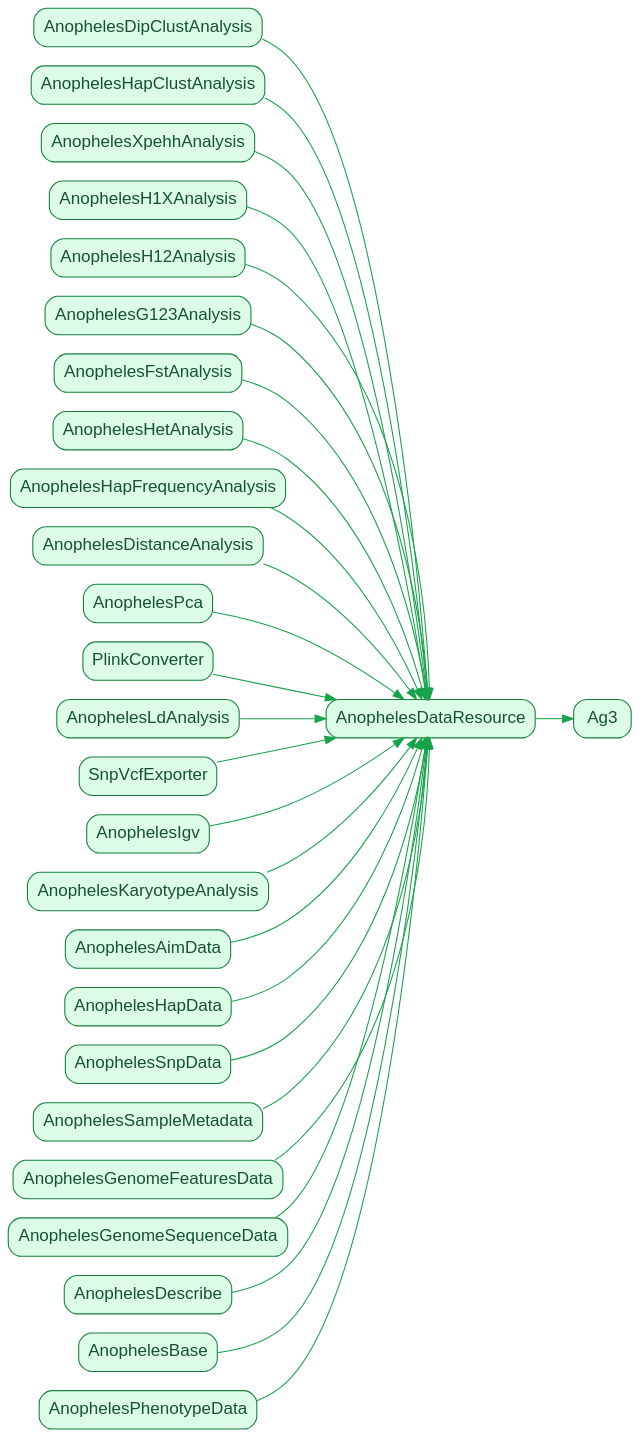
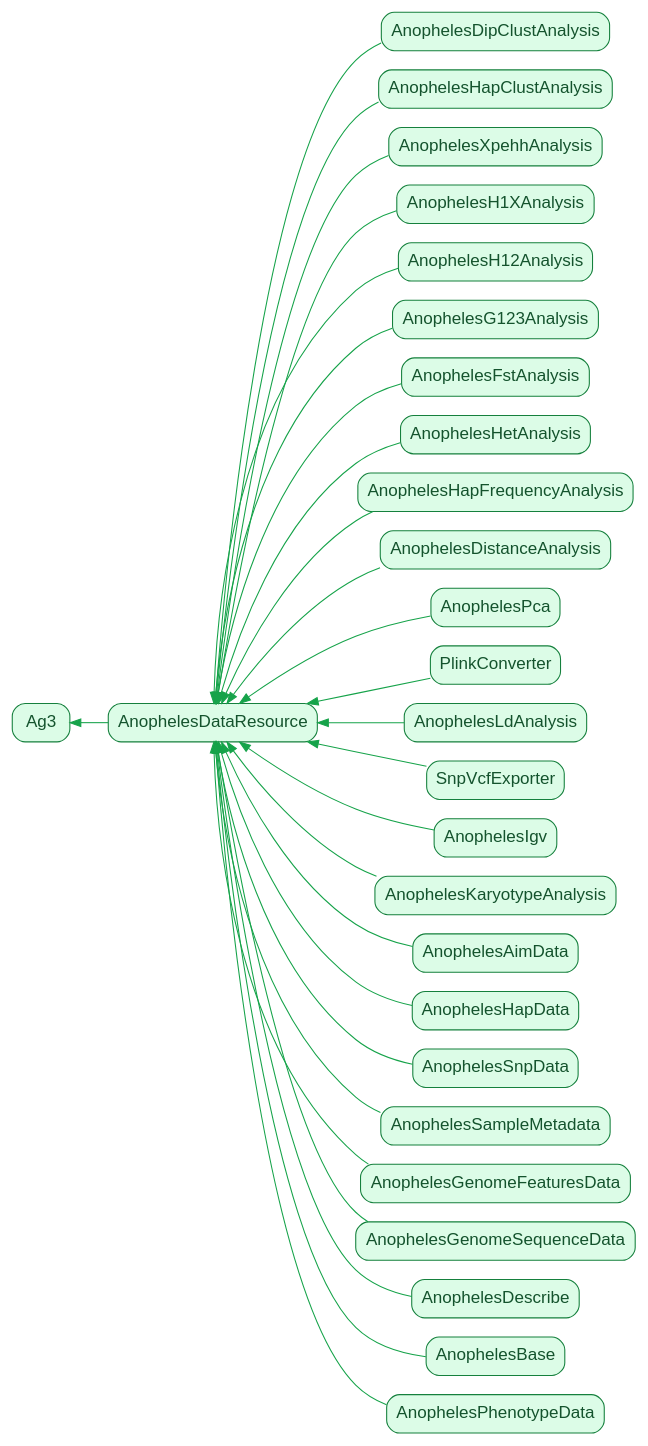
Before and after one commit to malariagen/malariagen-data-python: the diagram in docs/source/_static/diagrams/ag3_composition.dot, drawn with Graphviz. The commit also changed 10 other files, not shown here.

```diff
--- a/docs/source/_static/diagrams/ag3_composition.dot
+++ b/docs/source/_static/diagrams/ag3_composition.dot
@@ -1,63 +1,62 @@
 digraph inheritance {
-    bgcolor="transparent";
-    rankdir=LR;
+    rankdir=RL;
     fontsize=16;
     node [fontsize=16, shape=box, fontname="Helvetica,Arial,sans-serif"];
     edge [color="#16a34a"];
 
     "Ag3" [style="filled,rounded", fillcolor="#dcfce7", color="#15803d", fontcolor="#14532d", tooltip="malariagen gambiae complex."];
     "AnophelesDataResource" -> "Ag3";
 
     "AnophelesDataResource" [style="filled,rounded", fillcolor="#dcfce7", color="#15803d", fontcolor="#14532d", URL="generated/malariagen_data.anopheles.AnophelesDataResource.html#malariagen_data.anopheles.AnophelesDataResource", tooltip="Composes every analysis mixin into one API."];
 
     "AnophelesDipClustAnalysis" [style="filled,rounded", fillcolor="#dcfce7", color="#15803d", fontcolor="#14532d", URL="generated/malariagen_data.anoph.dipclust.AnophelesDipClustAnalysis.html#malariagen_data.anoph.dipclust.AnophelesDipClustAnalysis", tooltip="Hierarchical clustering of diplotypes (combines CNV + SNP frequency data)."];
     "AnophelesDipClustAnalysis" -> "AnophelesDataResource";
     "AnophelesHapClustAnalysis" [style="filled,rounded", fillcolor="#dcfce7", color="#15803d", fontcolor="#14532d", URL="generated/malariagen_data.anoph.hapclust.AnophelesHapClustAnalysis.html#malariagen_data.anoph.hapclust.AnophelesHapClustAnalysis", tooltip="Hierarchical clustering and sharing analysis of phased haplotypes."];
     "AnophelesHapClustAnalysis" -> "AnophelesDataResource";
     "AnophelesXpehhAnalysis" [style="filled,rounded", fillcolor="#dcfce7", color="#15803d", fontcolor="#14532d", URL="generated/malariagen_data.anoph.xpehh.AnophelesXpehhAnalysis.html#malariagen_data.anoph.xpehh.AnophelesXpehhAnalysis", tooltip="Cross-population extended haplotype homozygosity (XP-EHH) selection scans."];
     "AnophelesXpehhAnalysis" -> "AnophelesDataResource";
     "AnophelesH1XAnalysis" [style="filled,rounded", fillcolor="#dcfce7", color="#15803d", fontcolor="#14532d", URL="generated/malariagen_data.anoph.h1x.AnophelesH1XAnalysis.html#malariagen_data.anoph.h1x.AnophelesH1XAnalysis", tooltip="H1X genome-wide scans for differentiation between two cohorts."];
     "AnophelesH1XAnalysis" -> "AnophelesDataResource";
     "AnophelesH12Analysis" [style="filled,rounded", fillcolor="#dcfce7", color="#15803d", fontcolor="#14532d", URL="generated/malariagen_data.anoph.h12.AnophelesH12Analysis.html#malariagen_data.anoph.h12.AnophelesH12Analysis", tooltip="H12 genome-wide selection scans and calibration."];
     "AnophelesH12Analysis" -> "AnophelesDataResource";
     "AnophelesG123Analysis" [style="filled,rounded", fillcolor="#dcfce7", color="#15803d", fontcolor="#14532d", URL="generated/malariagen_data.anoph.g123.AnophelesG123Analysis.html#malariagen_data.anoph.g123.AnophelesG123Analysis", tooltip="G123 genome-wide selection scans and calibration (unphased genotypes)."];
     "AnophelesG123Analysis" -> "AnophelesDataResource";
     "AnophelesFstAnalysis" [style="filled,rounded", fillcolor="#dcfce7", color="#15803d", fontcolor="#14532d", URL="generated/malariagen_data.anoph.fst.AnophelesFstAnalysis.html#malariagen_data.anoph.fst.AnophelesFstAnalysis", tooltip="Fst (genetic differentiation) statistics, gwss and pairwise cohort comparisons."];
     "AnophelesFstAnalysis" -> "AnophelesDataResource";
     "AnophelesHetAnalysis" [style="filled,rounded", fillcolor="#dcfce7", color="#15803d", fontcolor="#14532d", URL="generated/malariagen_data.anoph.heterozygosity.AnophelesHetAnalysis.html#malariagen_data.anoph.heterozygosity.AnophelesHetAnalysis", tooltip="Per-sample and per-cohort heterozygosity, and runs-of-homozygosity (ROH)."];
     "AnophelesHetAnalysis" -> "AnophelesDataResource";
     "AnophelesHapFrequencyAnalysis" [style="filled,rounded", fillcolor="#dcfce7", color="#15803d", fontcolor="#14532d", URL="generated/malariagen_data.anoph.hap_frq.AnophelesHapFrequencyAnalysis.html#malariagen_data.anoph.hap_frq.AnophelesHapFrequencyAnalysis", tooltip="Haplotype frequency calculations, by cohort."];
     "AnophelesHapFrequencyAnalysis" -> "AnophelesDataResource";
     "AnophelesDistanceAnalysis" [style="filled,rounded", fillcolor="#dcfce7", color="#15803d", fontcolor="#14532d", URL="generated/malariagen_data.anoph.distance.AnophelesDistanceAnalysis.html#malariagen_data.anoph.distance.AnophelesDistanceAnalysis", tooltip="Pairwise genetic distance matrices and neighbour-joining trees."];
     "AnophelesDistanceAnalysis" -> "AnophelesDataResource";
     "AnophelesPca" [style="filled,rounded", fillcolor="#dcfce7", color="#15803d", fontcolor="#14532d", URL="generated/malariagen_data.anoph.pca.AnophelesPca.html#malariagen_data.anoph.pca.AnophelesPca", tooltip="Principal components analysis of biallelic SNPs."];
     "AnophelesPca" -> "AnophelesDataResource";
     "PlinkConverter" [style="filled,rounded", fillcolor="#dcfce7", color="#15803d", fontcolor="#14532d", URL="generated/malariagen_data.anoph.to_plink.PlinkConverter.html#malariagen_data.anoph.to_plink.PlinkConverter", tooltip="Export biallelic SNP calls to PLINK format."];
     "PlinkConverter" -> "AnophelesDataResource";
     "AnophelesLdAnalysis" [style="filled,rounded", fillcolor="#dcfce7", color="#15803d", fontcolor="#14532d", URL="generated/malariagen_data.anoph.ld.AnophelesLdAnalysis.html#malariagen_data.anoph.ld.AnophelesLdAnalysis", tooltip="Linkage-disequilibrium pruning of biallelic SNP calls."];
     "AnophelesLdAnalysis" -> "AnophelesDataResource";
     "SnpVcfExporter" [style="filled,rounded", fillcolor="#dcfce7", color="#15803d", fontcolor="#14532d", URL="generated/malariagen_data.anoph.to_vcf.SnpVcfExporter.html#malariagen_data.anoph.to_vcf.SnpVcfExporter", tooltip="Export SNP calls to VCF format."];
     "SnpVcfExporter" -> "AnophelesDataResource";
     "AnophelesIgv" [style="filled,rounded", fillcolor="#dcfce7", color="#15803d", fontcolor="#14532d", URL="generated/malariagen_data.anoph.igv.AnophelesIgv.html#malariagen_data.anoph.igv.AnophelesIgv", tooltip="Embed an IGV.js genome browser / view read alignments."];
     "AnophelesIgv" -> "AnophelesDataResource";
     "AnophelesKaryotypeAnalysis" [style="filled,rounded", fillcolor="#dcfce7", color="#15803d", fontcolor="#14532d", URL="generated/malariagen_data.anoph.karyotype.AnophelesKaryotypeAnalysis.html#malariagen_data.anoph.karyotype.AnophelesKaryotypeAnalysis", tooltip="Chromosomal inversion karyotyping from tag SNPs."];
     "AnophelesKaryotypeAnalysis" -> "AnophelesDataResource";
     "AnophelesAimData" [style="filled,rounded", fillcolor="#dcfce7", color="#15803d", fontcolor="#14532d", URL="generated/malariagen_data.anoph.aim_data.AnophelesAimData.html#malariagen_data.anoph.aim_data.AnophelesAimData", tooltip="Ancestry-informative marker (AIM) variant and species-call access."];
     "AnophelesAimData" -> "AnophelesDataResource";
     "AnophelesHapData" [style="filled,rounded", fillcolor="#dcfce7", color="#15803d", fontcolor="#14532d", URL="generated/malariagen_data.anoph.hap_data.AnophelesHapData.html#malariagen_data.anoph.hap_data.AnophelesHapData", tooltip="Access to phased haplotype reference panel data."];
     "AnophelesHapData" -> "AnophelesDataResource";
     "AnophelesSnpData" [style="filled,rounded", fillcolor="#dcfce7", color="#15803d", fontcolor="#14532d", URL="generated/malariagen_data.anoph.snp_data.AnophelesSnpData.html#malariagen_data.anoph.snp_data.AnophelesSnpData", tooltip="Core SNP genotype, site filter and site annotation data access."];
     "AnophelesSnpData" -> "AnophelesDataResource";
     "AnophelesSampleMetadata" [style="filled,rounded", fillcolor="#dcfce7", color="#15803d", fontcolor="#14532d", URL="generated/malariagen_data.anoph.sample_metadata.AnophelesSampleMetadata.html#malariagen_data.anoph.sample_metadata.AnophelesSampleMetadata", tooltip="Sample and cohort metadata access."];
     "AnophelesSampleMetadata" -> "AnophelesDataResource";
     "AnophelesGenomeFeaturesData" [style="filled,rounded", fillcolor="#dcfce7", color="#15803d", fontcolor="#14532d", URL="generated/malariagen_data.anoph.genome_features.AnophelesGenomeFeaturesData.html#malariagen_data.anoph.genome_features.AnophelesGenomeFeaturesData", tooltip="GFF3 genome feature annotation access (genes, transcripts, exons)."];
     "AnophelesGenomeFeaturesData" -> "AnophelesDataResource";
     "AnophelesGenomeSequenceData" [style="filled,rounded", fillcolor="#dcfce7", color="#15803d", fontcolor="#14532d", URL="generated/malariagen_data.anoph.genome_sequence.AnophelesGenomeSequenceData.html#malariagen_data.anoph.genome_sequence.AnophelesGenomeSequenceData", tooltip="Reference genome sequence access."];
     "AnophelesGenomeSequenceData" -> "AnophelesDataResource";
     "AnophelesDescribe" [style="filled,rounded", fillcolor="#dcfce7", color="#15803d", fontcolor="#14532d", URL="generated/malariagen_data.anoph.describe.AnophelesDescribe.html#malariagen_data.anoph.describe.AnophelesDescribe", tooltip="API introspection and discovery (describe_api)."];
     "AnophelesDescribe" -> "AnophelesDataResource";
     "AnophelesBase" [style="filled,rounded", fillcolor="#dcfce7", color="#15803d", fontcolor="#14532d", URL="generated/malariagen_data.anoph.base.AnophelesBase.html#malariagen_data.anoph.base.AnophelesBase", tooltip="Foundational config, release and file-access plumbing shared by everything."];
     "AnophelesBase" -> "AnophelesDataResource";
     "AnophelesPhenotypeData" [style="filled,rounded", fillcolor="#dcfce7", color="#15803d", fontcolor="#14532d", URL="generated/malariagen_data.anoph.phenotypes.AnophelesPhenotypeData.html#malariagen_data.anoph.phenotypes.AnophelesPhenotypeData", tooltip="Insecticide resistance phenotype data access."];
     "AnophelesPhenotypeData" -> "AnophelesDataResource";
 }
```
